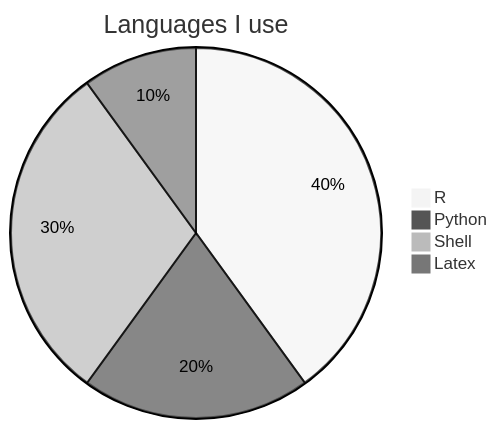
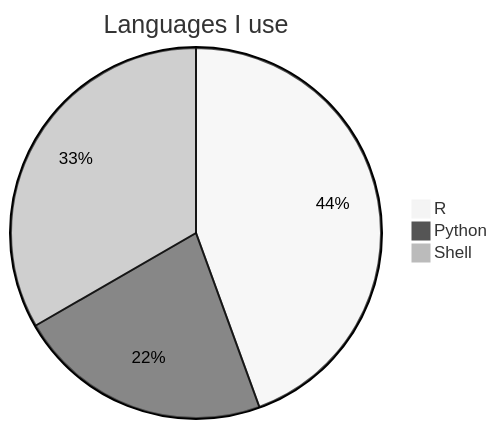
Before and after one commit to alexchaichan/alexchaichan: the diagram in README.md, drawn with Mermaid (neutral theme).

````diff
--- a/README.md
+++ b/README.md
@@ -1,8 +1,7 @@
 ```mermaid
 pie
     title Languages I use
     "R" : 4
     "Python" : 2
     "Shell" : 3 
-    "Latex" : 1
 ```
````
